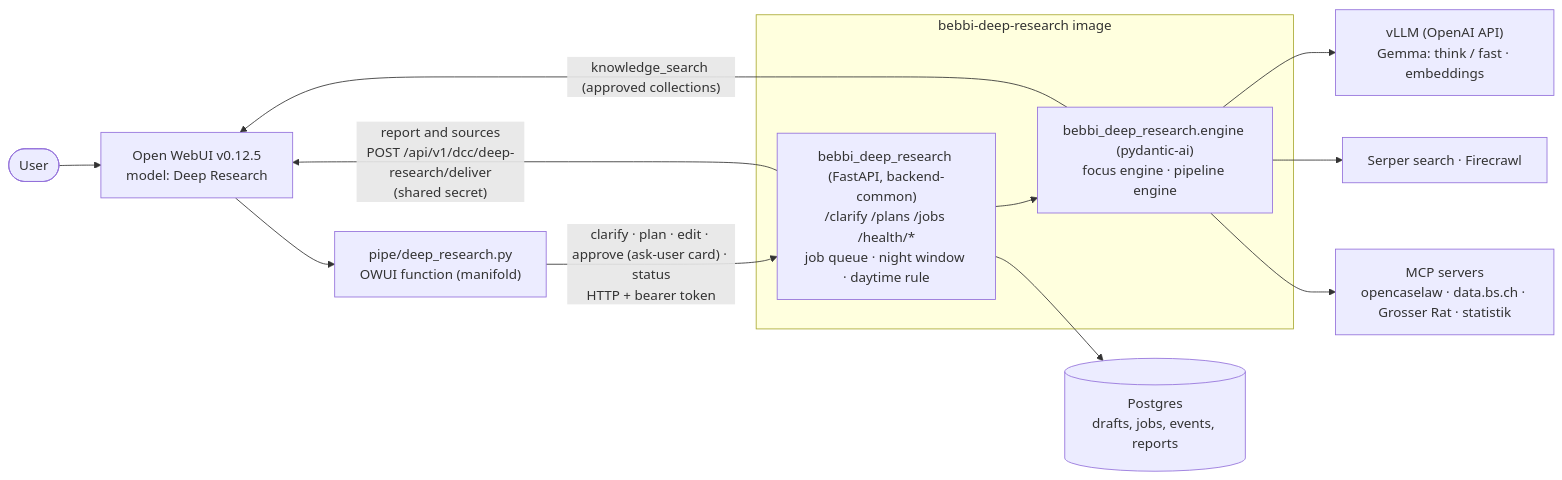
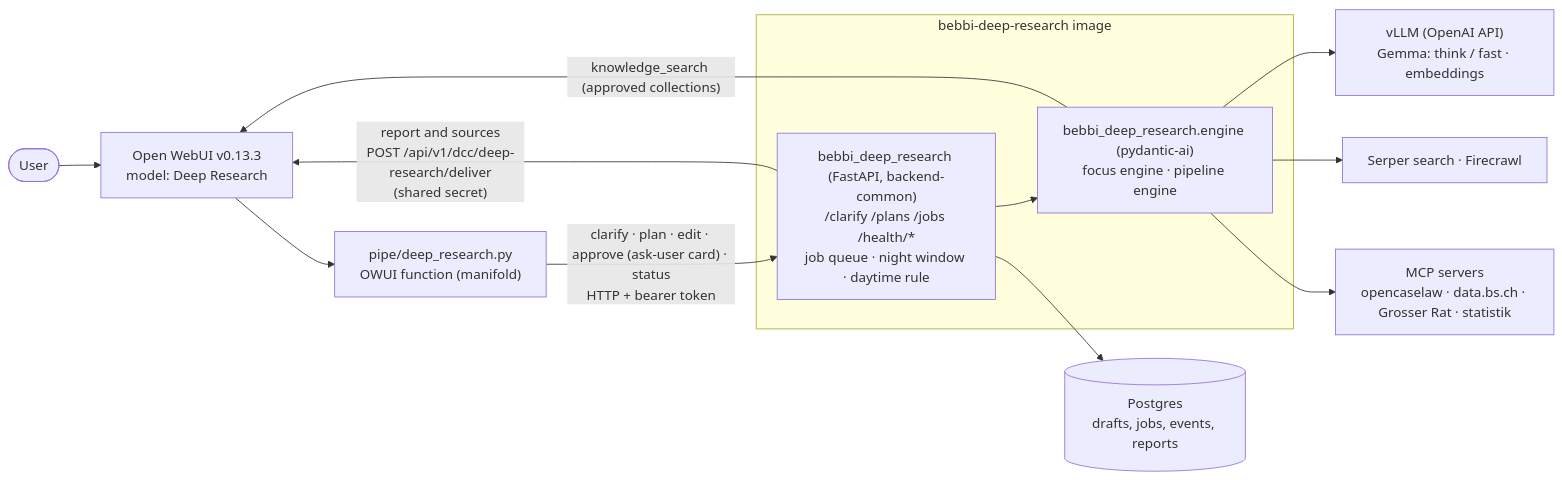
One commit to DCC-BS/bebbi-deep-research changed the diagram in README.md. Above: the diagram before and after it, drawn with Mermaid. The commit also changed other lines of this file and 11 other files, not shown here.

First line of the commit message:
fix(pipe): Open WebUI v0.13.3 hidden tool results (#38)

````diff
--- a/README.md
+++ b/README.md
@@ -14,19 +14,19 @@
 ```mermaid
 flowchart LR
-    user([User]) --> owui["Open WebUI v0.12.5<br/>model: Deep Research"]
+    user([User]) --> owui["Open WebUI v0.13.3<br/>model: Deep Research"]
     owui --> pipe["pipe/deep_research.py<br/>OWUI function (manifold)"]
     pipe -- "clarify · plan · edit · approve (ask-user card) · status<br/>HTTP + bearer token" --> svc
     svc -- "report and sources<br/>POST /api/v1/dcc/deep-research/deliver<br/>(shared secret)" --> owui
 
     subgraph svc_box ["bebbi-deep-research image"]
         svc["bebbi_deep_research (FastAPI, backend-common)<br/>/clarify /plans /jobs /health/*<br/>job queue · night window · daytime rule"]
         engine["bebbi_deep_research.engine (pydantic-ai)<br/>focus engine · pipeline engine"]
         svc --> engine
     end
 
     svc --> pg[("Postgres<br/>drafts, jobs, events, reports")]
     engine --> llm["vLLM (OpenAI API)<br/>Gemma: think / fast · embeddings"]
     engine --> web["Serper search · Firecrawl"]
     engine --> mcp["MCP servers<br/>opencaselaw · data.bs.ch · Grosser Rat · statistik"]
     engine -- "knowledge_search (approved collections)" --> owui
 ```
````
